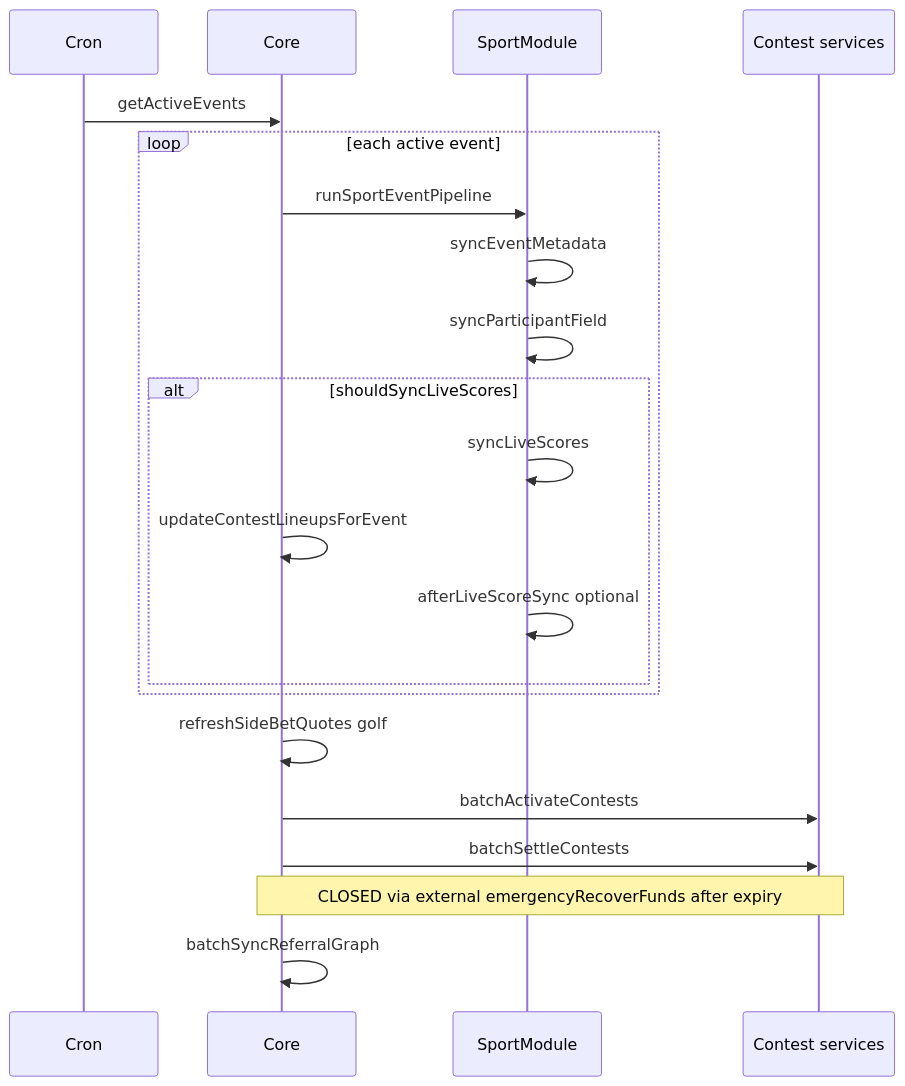
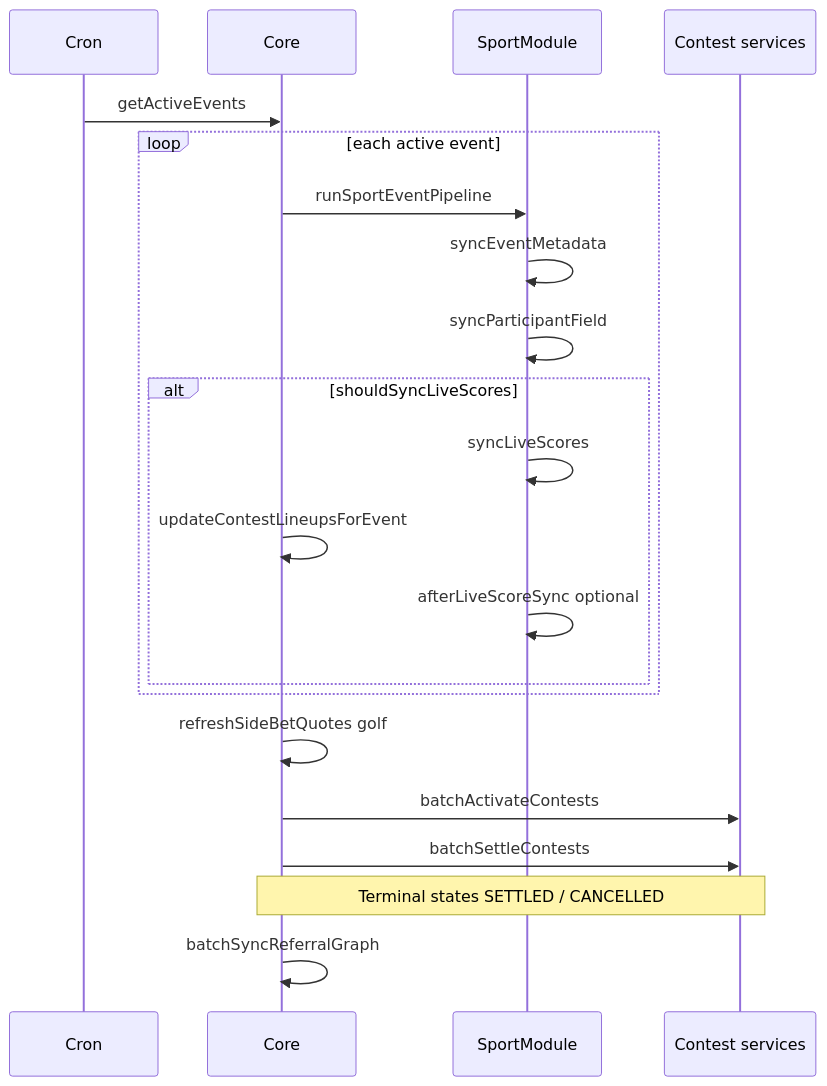
The second of 2 diagrams in docs/platform/architecture.md (MagRelo/cut), drawn with Mermaid before and after one commit. The commit also changed 57 other files, not shown here.

First line of the commit message:
Refactor referral graph and emergency recovery handling

````diff
--- a/docs/platform/architecture.md
+++ b/docs/platform/architecture.md
@@ -197,24 +197,24 @@
 ```mermaid
 sequenceDiagram
   participant Cron
   participant Core
   participant Plugin as SportModule
   participant Contest as Contest services
 
   Cron->>Core: getActiveEvents
   loop each active event
     Core->>Plugin: runSportEventPipeline
     Plugin->>Plugin: syncEventMetadata
     Plugin->>Plugin: syncParticipantField
     alt shouldSyncLiveScores
       Plugin->>Plugin: syncLiveScores
       Core->>Core: updateContestLineupsForEvent
       Plugin->>Plugin: afterLiveScoreSync optional
     end
   end
   Core->>Core: refreshSideBetQuotes golf
   Core->>Contest: batchActivateContests
   Core->>Contest: batchSettleContests
-  Note over Core,Contest: CLOSED via external emergencyRecoverFunds after expiry
+  Note over Core,Contest: Terminal states SETTLED / CANCELLED
   Core->>Core: batchSyncReferralGraph
 ```
````
